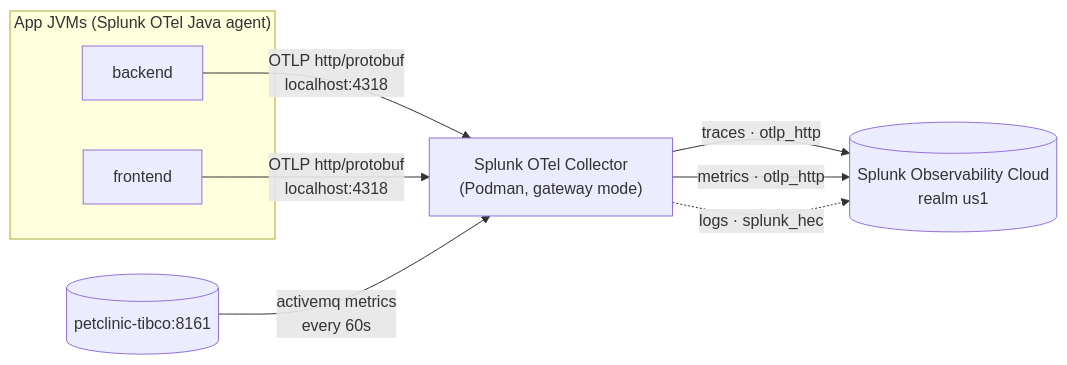
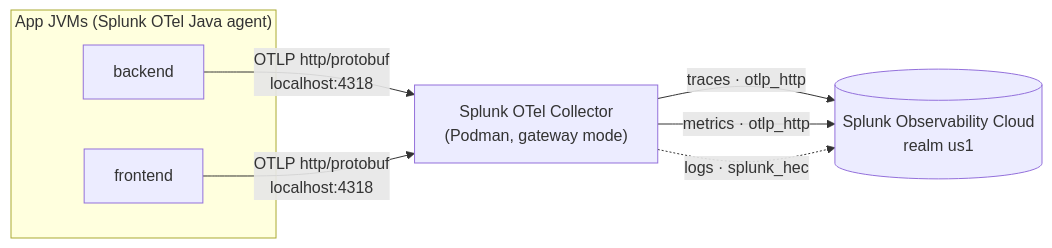
The second of 2 diagrams in README.md (neechuan/spring3-petclinic-tibco-splunk-o11y), drawn with Mermaid before and after one commit. The commit also changed other lines of this file and 7 other files, not shown here.

First line of the commit message:
Refactor TIBCO metrics configuration and remove unused scripts

````diff
--- a/README.md
+++ b/README.md
@@ -190,13 +190,12 @@
 ```mermaid
 flowchart LR
     subgraph JVMs["App JVMs (Splunk OTel Java agent)"]
         BE[backend]
         FE[frontend]
     end
     BE -->|"OTLP http/protobuf<br/>localhost:4318"| COL
     FE -->|"OTLP http/protobuf<br/>localhost:4318"| COL
-    Tibco[(petclinic-tibco:8161)] -->|"activemq metrics<br/>every 60s"| COL
     COL["Splunk OTel Collector<br/>(Podman, gateway mode)"] -->|traces · otlp_http| Cloud[(Splunk Observability Cloud<br/>realm us1)]
     COL -->|metrics · otlp_http| Cloud
     COL -.->|logs · splunk_hec| Cloud
 ```
````
